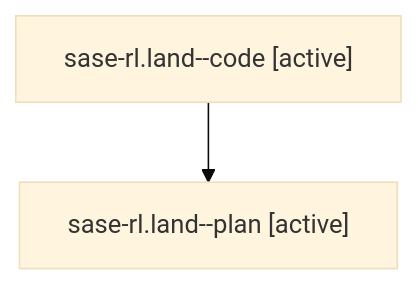
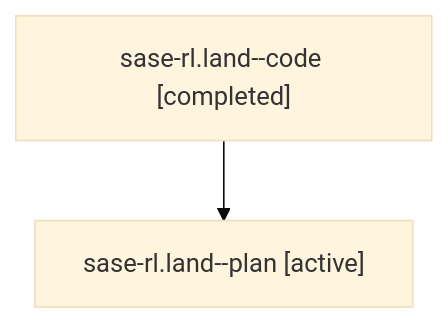
Before and after one commit to sase-org/sase--agents: the diagram in families/bbugyi200.athena.sase-rl.land.md, drawn with Mermaid (base theme). The commit also changed other lines of this file and 35830 other files, not shown here.

````diff
--- a/families/bbugyi200.athena.sase-rl.land.md
+++ b/families/bbugyi200.athena.sase-rl.land.md
@@ -9,6 +9,6 @@
 ```mermaid
 flowchart TD
-  n0["sase-rl.land--code [active]"]
+  n0["sase-rl.land--code [completed]"]
   n1["sase-rl.land--plan [active]"]
   n0 --> n1
 ```
````
